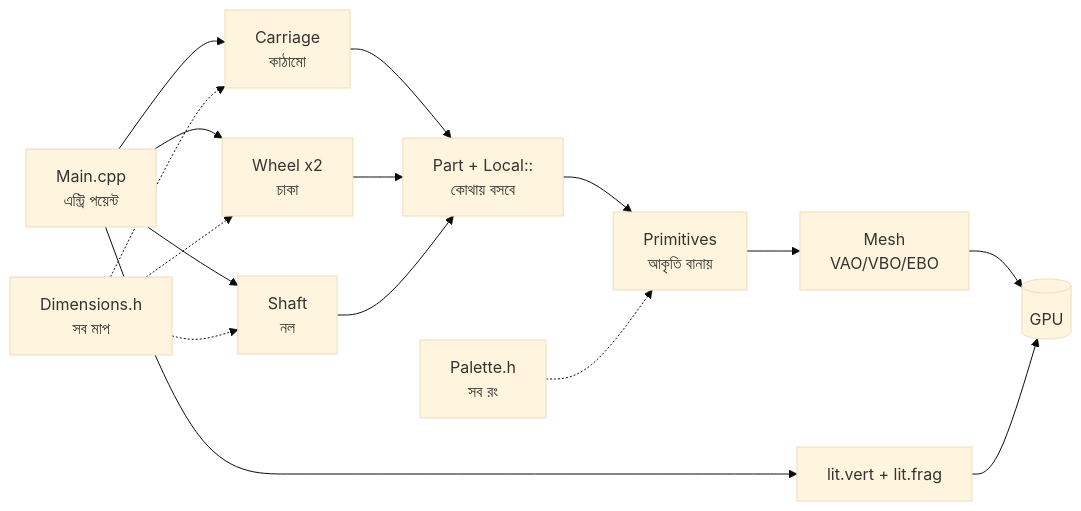
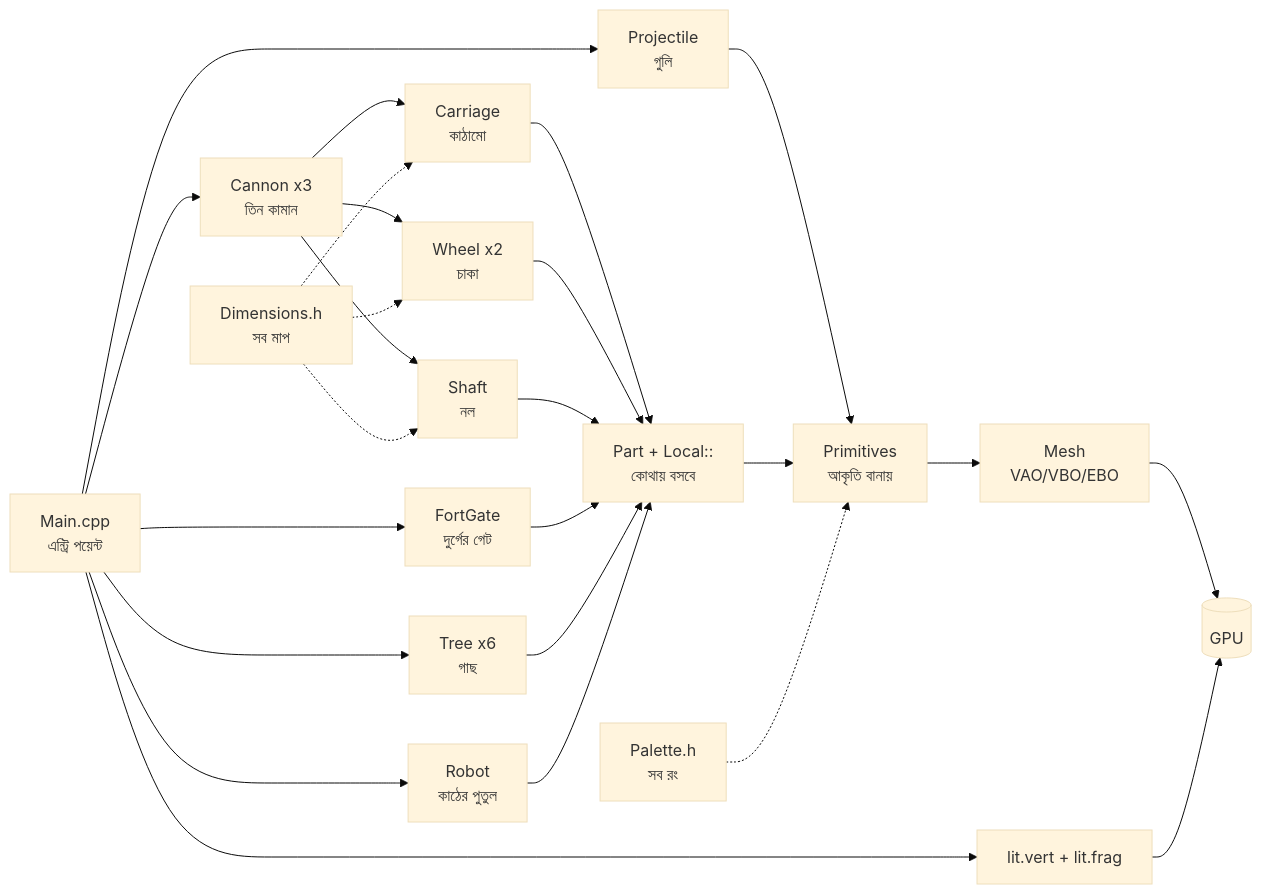
Before and after one commit to SheikhGalib/cannon-fight: the first of 3 diagrams in docs/code-walkthrough.md, drawn with Mermaid (base theme). The commit also changed other lines of this file, not shown here.

First line of the commit message:
docs: add Phase 3 walkthrough (Cannon, FortGate, Tree, Robot, scene)

````diff
--- a/docs/code-walkthrough.md
+++ b/docs/code-walkthrough.md
@@ -60,17 +65,26 @@
 ```mermaid
 flowchart LR
-  Main[Main.cpp<br/>এন্ট্রি পয়েন্ট] --> Carriage[Carriage<br/>কাঠামো]
-  Main --> Wheel[Wheel x2<br/>চাকা]
-  Main --> Shaft[Shaft<br/>নল]
+  Main[Main.cpp<br/>এন্ট্রি পয়েন্ট] --> Cannon[Cannon x3<br/>তিন কামান]
+  Cannon --> Carriage[Carriage<br/>কাঠামো]
+  Cannon --> Wheel[Wheel x2<br/>চাকা]
+  Cannon --> Shaft[Shaft<br/>নল]
+  Main --> FortGate[FortGate<br/>দুর্গের গেট]
+  Main --> Tree[Tree x6<br/>গাছ]
+  Main --> Robot[Robot<br/>কাঠের পুতুল]
+  Main --> Projectile[Projectile<br/>গুলি]
   Carriage --> Part[Part + Local::<br/>কোথায় বসবে]
   Wheel --> Part
   Shaft --> Part
-  Part --> Prim[Primitives<br/>আকৃতি বানায়]
+  FortGate --> Part
+  Tree --> Part
+  Robot --> Part
+  Projectile --> Prim[Primitives<br/>আকৃতি বানায়]
+  Part --> Prim
   Prim --> Mesh[Mesh<br/>VAO/VBO/EBO]
   Mesh --> GPU[(GPU)]
   Main --> Shader[lit.vert + lit.frag] --> GPU
   Dim[Dimensions.h<br/>সব মাপ] -.-> Carriage
   Dim -.-> Wheel
   Dim -.-> Shaft
   Pal[Palette.h<br/>সব রং] -.-> Prim
 ```
````
